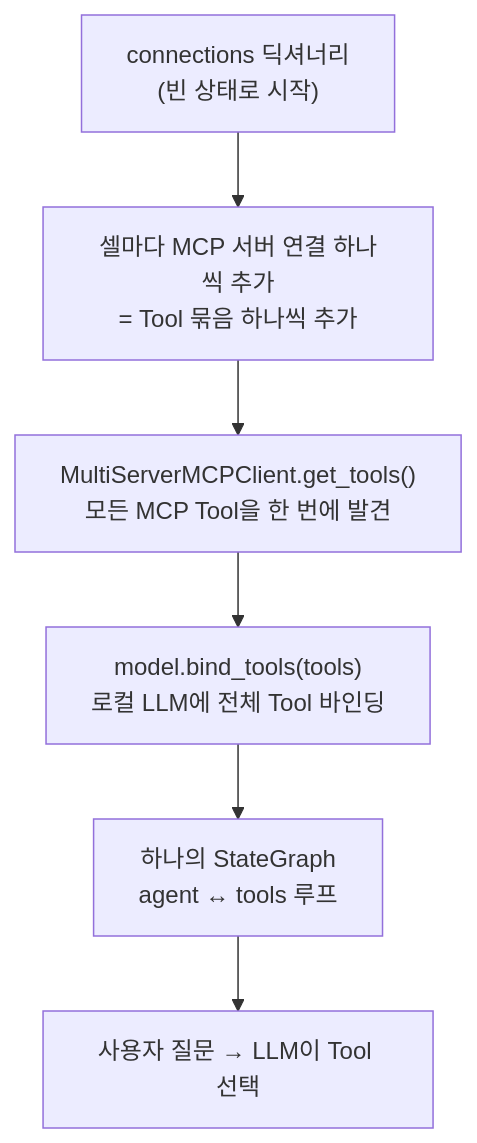
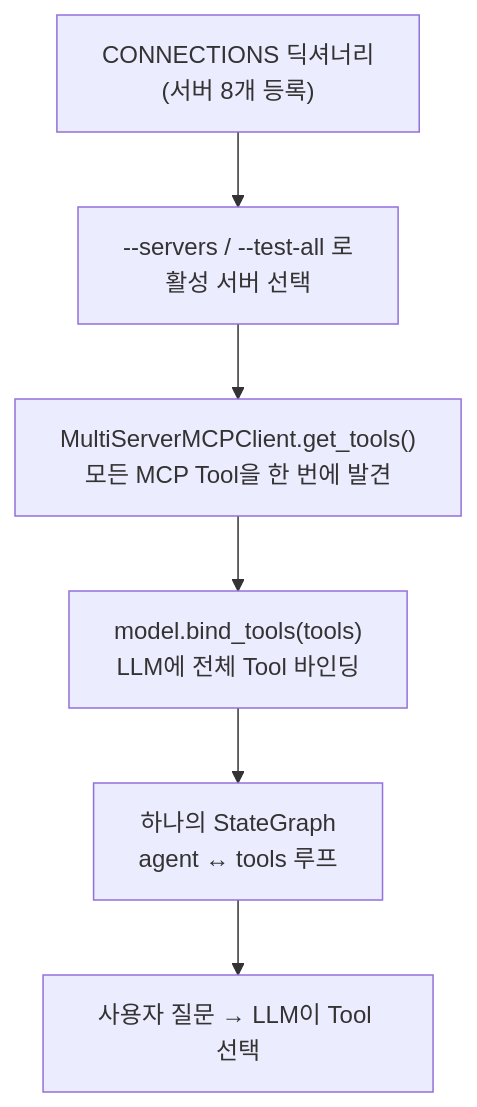
One commit to bykim9988/uploads changed the diagram in W7_참고_공개MCP카탈로그.md. Above: the diagram before and after it, drawn with Mermaid. The commit also changed other lines of this file and 1 other file, not shown here.

First line of the commit message:
Sync public MCP catalog doc with public_mcp_langgraph.py

````diff
--- a/W7_참고_공개MCP카탈로그.md
+++ b/W7_참고_공개MCP카탈로그.md
@@ -68,9 +73,9 @@
 ```mermaid
 flowchart TB
-    C["connections 딕셔너리<br/>(빈 상태로 시작)"]
-    C --> ADD["셀마다 MCP 서버 연결 하나씩 추가<br/>= Tool 묶음 하나씩 추가"]
-    ADD --> GT["MultiServerMCPClient.get_tools()<br/>모든 MCP Tool을 한 번에 발견"]
-    GT --> BIND["model.bind_tools(tools)<br/>로컬 LLM에 전체 Tool 바인딩"]
+    C["CONNECTIONS 딕셔너리<br/>(서버 8개 등록)"]
+    C --> SEL2["--servers / --test-all 로<br/>활성 서버 선택"]
+    SEL2 --> GT["MultiServerMCPClient.get_tools()<br/>모든 MCP Tool을 한 번에 발견"]
+    GT --> BIND["model.bind_tools(tools)<br/>LLM에 전체 Tool 바인딩"]
     BIND --> GRAPH["하나의 StateGraph<br/>agent ↔ tools 루프"]
     GRAPH --> SEL["사용자 질문 → LLM이 Tool 선택"]
 ```
````
